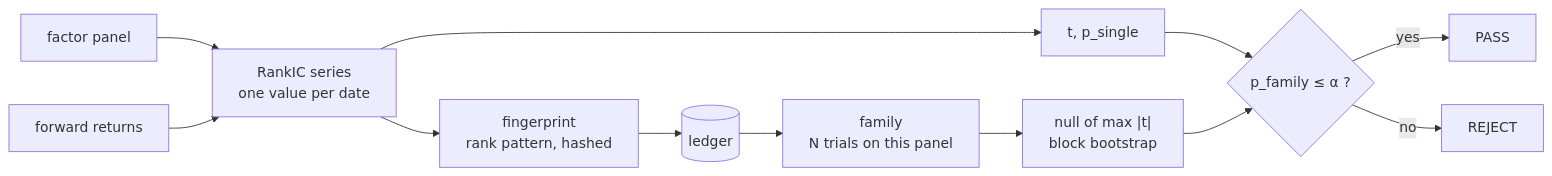
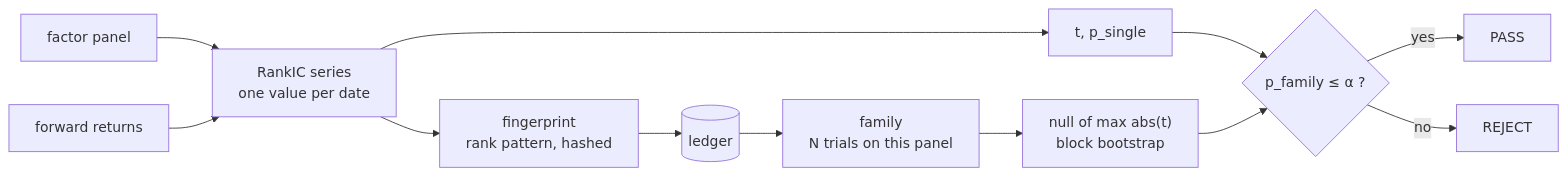
The diagram in README.md (ZhenHaoFu810/alphaledger), drawn with Mermaid before and after one commit. The commit also changed other lines of this file and 2 other files, not shown here.

````diff
--- a/README.md
+++ b/README.md
@@ -59,14 +59,14 @@
 ```mermaid
 flowchart LR
     F["factor panel"] --> IC["RankIC series<br/>one value per date"]
     R["forward returns"] --> IC
     IC --> ID["fingerprint<br/>rank pattern, hashed"]
     IC --> ST["t, p_single"]
     ID --> L[("ledger")]
     L --> FAM["family<br/>N trials on this panel"]
-    FAM --> NUL["null of max |t|<br/>block bootstrap"]
+    FAM --> NUL["null of max abs(t)<br/>block bootstrap"]
     ST --> G{"p_family ≤ α ?"}
     NUL --> G
     G -->|yes| P["PASS"]
     G -->|no| X["REJECT"]
 ```
````
